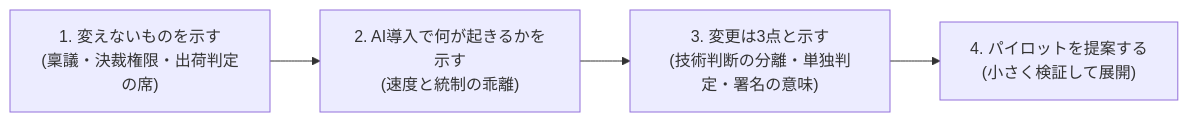
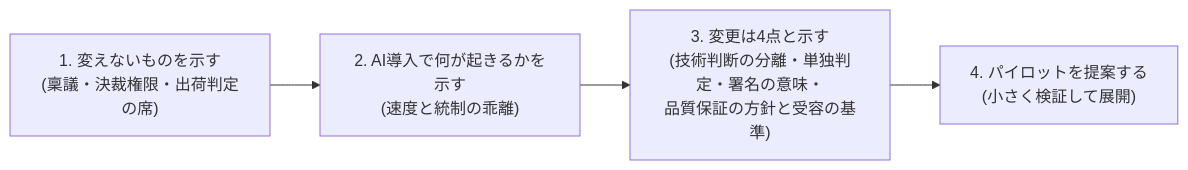
Before and after one commit to Takenori-Kusaka/process-compass: the diagram in src/content/docs/phase4-process-design/proposal-template.md, drawn with Mermaid. The commit also changed other lines of this file and 47 other files, not shown here.

````diff
--- a/src/content/docs/phase4-process-design/proposal-template.md
+++ b/src/content/docs/phase4-process-design/proposal-template.md
@@ -18,6 +20,6 @@
 ```mermaid
 graph LR
   A["1. 変えないものを示す<br>(稟議・決裁権限・出荷判定の席)"] --> B["2. AI導入で何が起きるかを示す<br>(速度と統制の乖離)"]
-  B --> C["3. 変更は3点と示す<br>(技術判断の分離・単独判定・署名の意味)"]
+  B --> C["3. 変更は4点と示す<br>(技術判断の分離・単独判定・署名の意味・<br>品質保証の方針と受容の基準)"]
   C --> D["4. パイロットを提案する<br>(小さく検証して展開)"]
 ```
````
